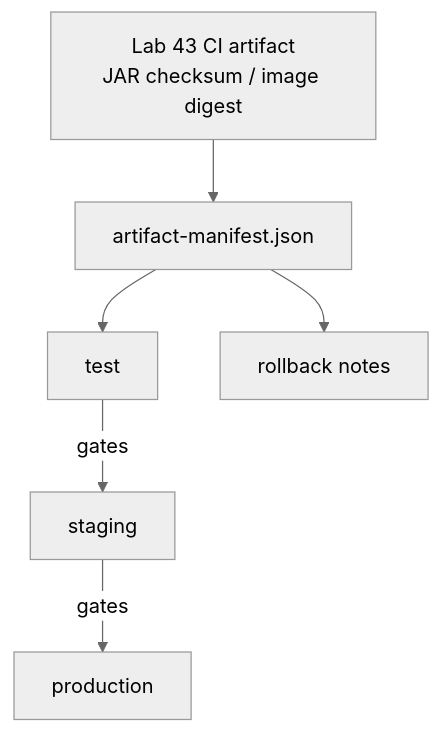
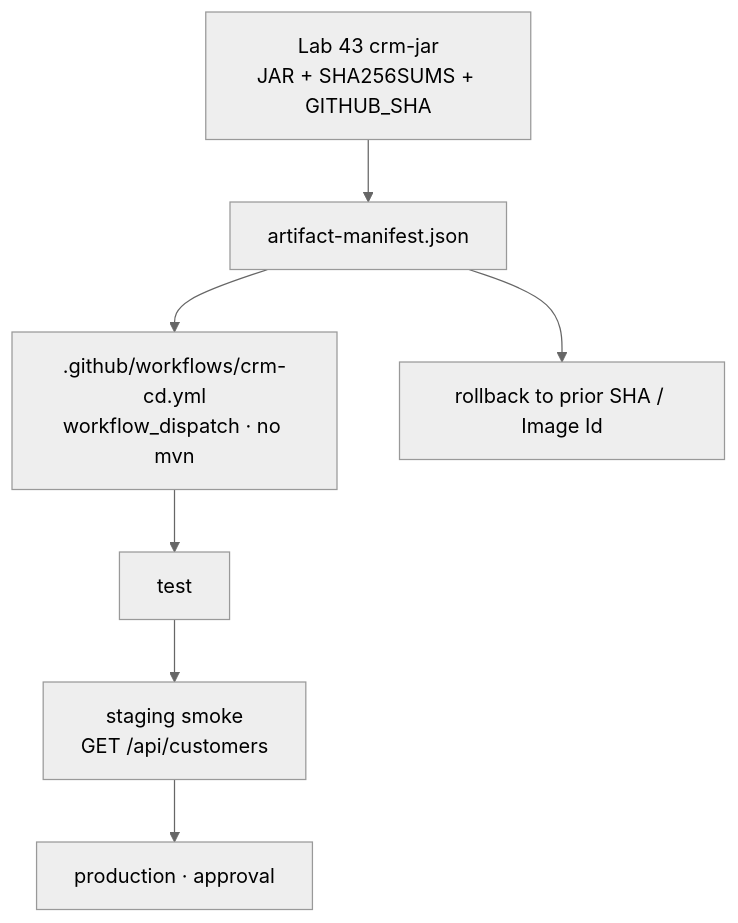
The diagram in labs/Week 5 - DevOps, CI-CD and OpenShift/module-44/lab44/LAB-44-GUIDE.md (Innovation-In-Software/bc-sw-engineer-java-participant), drawn with Mermaid (neutral theme) before and after one commit. The commit also changed other lines of this file and 22 other files, not shown here.

````diff
--- a/labs/Week 5 - DevOps, CI-CD and OpenShift/module-44/lab44/LAB-44-GUIDE.md
+++ b/labs/Week 5 - DevOps, CI-CD and OpenShift/module-44/lab44/LAB-44-GUIDE.md
@@ -116,8 +140,9 @@
 ```mermaid
 flowchart TB
-  CI["Lab 43 CI artifact<br/>JAR checksum / image digest"] --> Man["artifact-manifest.json"]
-  Man --> Test["test"]
-  Test -->|gates| Stg["staging"]
-  Stg -->|gates| Prod["production"]
-  Man --> Rollback["rollback notes"]
+  CI["Lab 43 crm-jar<br/>JAR + SHA256SUMS + GITHUB_SHA"] --> Man["artifact-manifest.json"]
+  Man --> CD[".github/workflows/crm-cd.yml<br/>workflow_dispatch · no mvn"]
+  CD --> Test["test"]
+  Test --> Stg["staging smoke<br/>GET /api/customers"]
+  Stg --> Prod["production · approval"]
+  Man --> RB["rollback to prior SHA / Image Id"]
 ```
````
